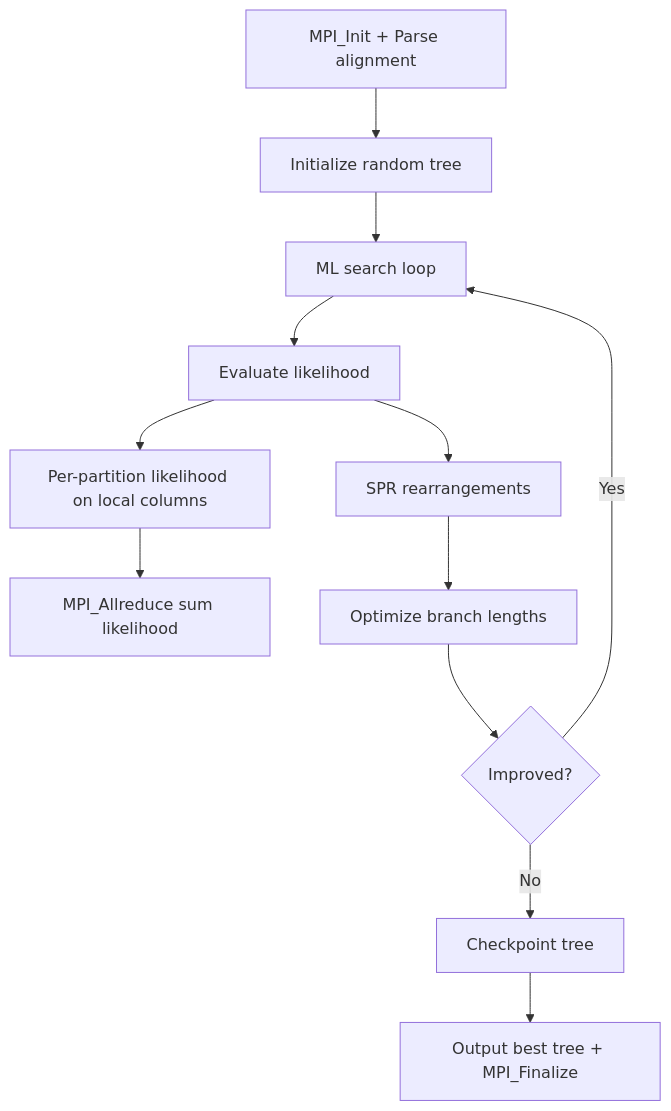
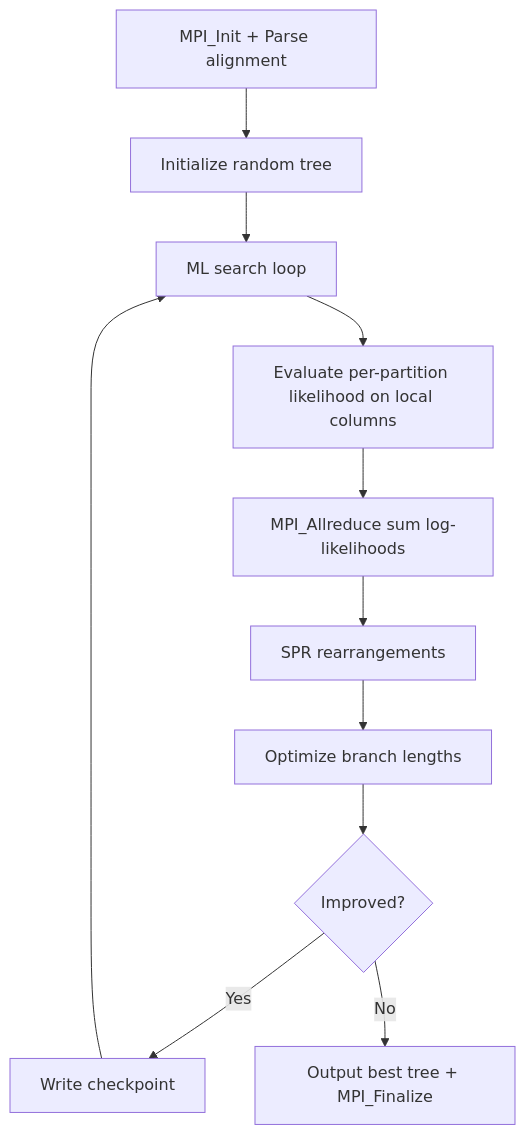
Before and after one commit to ngduchai/guard-agent: the diagram in tests/apps/docs/ExaML/computation_flow.md, drawn with Mermaid. The commit also changed other lines of this file and 19 other files, not shown here.

First line of the commit message:
docs: fix all computation flow diagrams and add output comparison guide

````diff
--- a/tests/apps/docs/ExaML/computation_flow.md
+++ b/tests/apps/docs/ExaML/computation_flow.md
@@ -8,14 +8,13 @@
 ```mermaid
 flowchart TD
     A[MPI_Init + Parse alignment] --> B[Initialize random tree]
     B --> C[ML search loop]
-    C --> D[Evaluate likelihood]
-    D --> D1[Per-partition likelihood on local columns]
-    D1 --> D2[MPI_Allreduce sum likelihood]
-    D --> E[SPR rearrangements]
+    C --> D[Evaluate per-partition likelihood on local columns]
+    D --> D2["MPI_Allreduce sum log-likelihoods"]
+    D2 --> E[SPR rearrangements]
     E --> F[Optimize branch lengths]
     F --> G{Improved?}
-    G -->|Yes| C
-    G -->|No| H[Checkpoint tree]
-    H --> I[Output best tree + MPI_Finalize]
+    G -->|Yes| H[Write checkpoint]
+    H --> C
+    G -->|No| I[Output best tree + MPI_Finalize]
 ```
````
